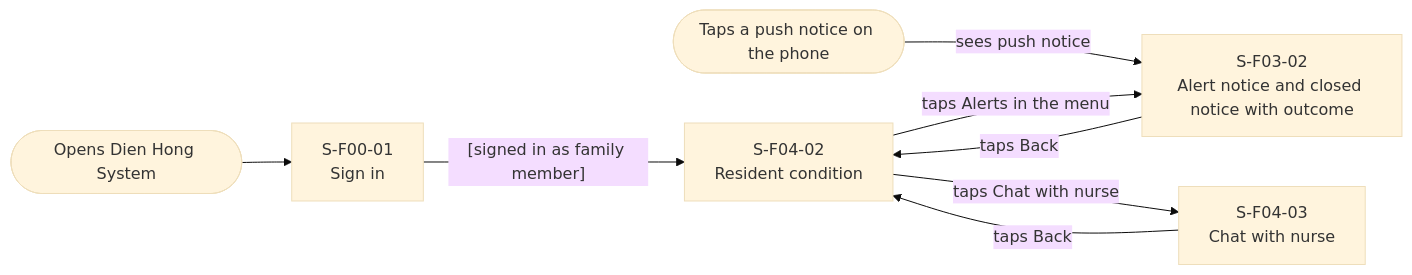
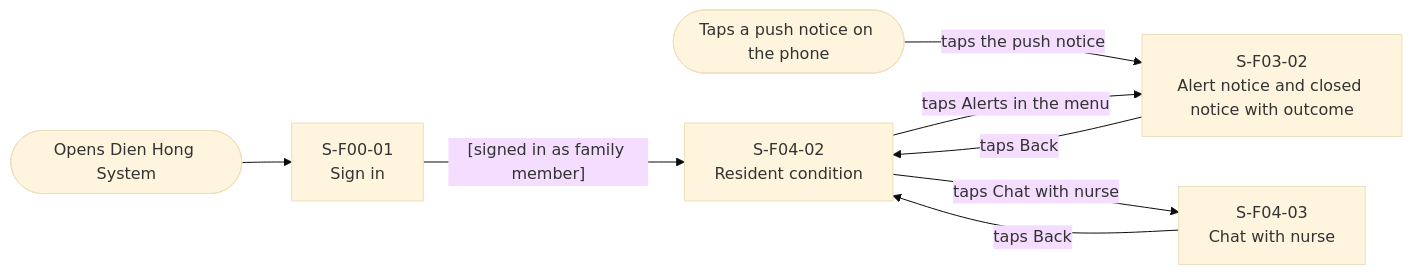
The third of 5 diagrams in docs/external-design/screen-transition.md (hatrang191/groupE-nursinghome), drawn with Mermaid (base theme) before and after one commit.

````diff
--- a/docs/external-design/screen-transition.md
+++ b/docs/external-design/screen-transition.md
@@ -60,16 +60,16 @@
 ```mermaid
 flowchart LR
   entry(["Opens Dien Hong System"])
   push(["Taps a push notice on the phone"])
   S00_01["S-F00-01<br>Sign in"]
   S03_02["S-F03-02<br>Alert notice and closed notice with outcome"]
   S04_02["S-F04-02<br>Resident condition"]
   S04_03["S-F04-03<br>Chat with nurse"]
   entry --> S00_01
   S00_01 -->|"[signed in as family member]"| S04_02
-  push --> |"sees push notice"| S03_02
+  push --> |"taps the push notice"| S03_02
   S04_02 -->|"taps Chat with nurse"| S04_03
   S04_02 -->|"taps Alerts in the menu"| S03_02
   S04_03 -->|"taps Back"| S04_02
   S03_02 -->|"taps Back"| S04_02
 ```
````
